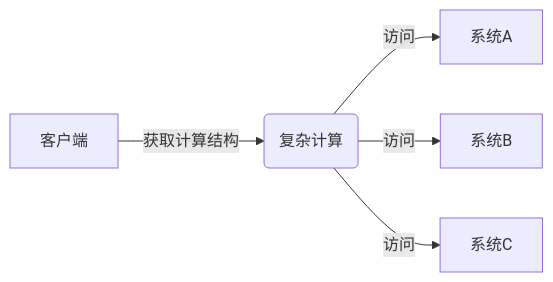
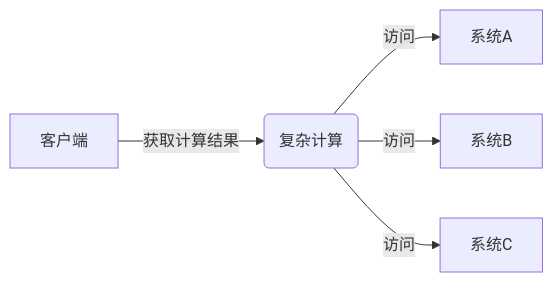
One commit to 1005281342/gosteady changed the third of 9 diagrams in 架构实战营/26_计算架构模式之分布式缓存架构.md. Above: the diagram before and after it, drawn with Mermaid. The commit also changed other lines of this file, not shown here.

Commit message:
修复错别字

````diff
--- a/架构实战营/26_计算架构模式之分布式缓存架构.md
+++ b/架构实战营/26_计算架构模式之分布式缓存架构.md
@@ -38,7 +38,7 @@
 ```mermaid
 graph LR;
-客户端 -- 获取计算结构 --> 计算系统(复杂计算) 
+客户端 -- 获取计算结果 --> 计算系统(复杂计算) 
 计算系统 -- 访问 --> 系统A
 计算系统 -- 访问 --> 系统B
 计算系统 -- 访问 --> 系统C
 ```
````
